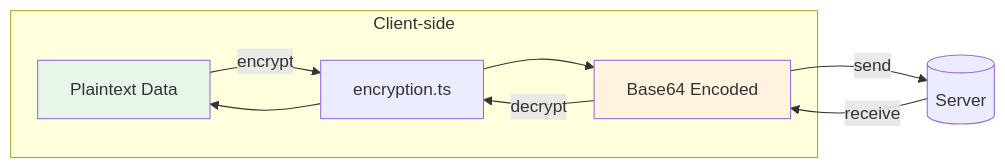
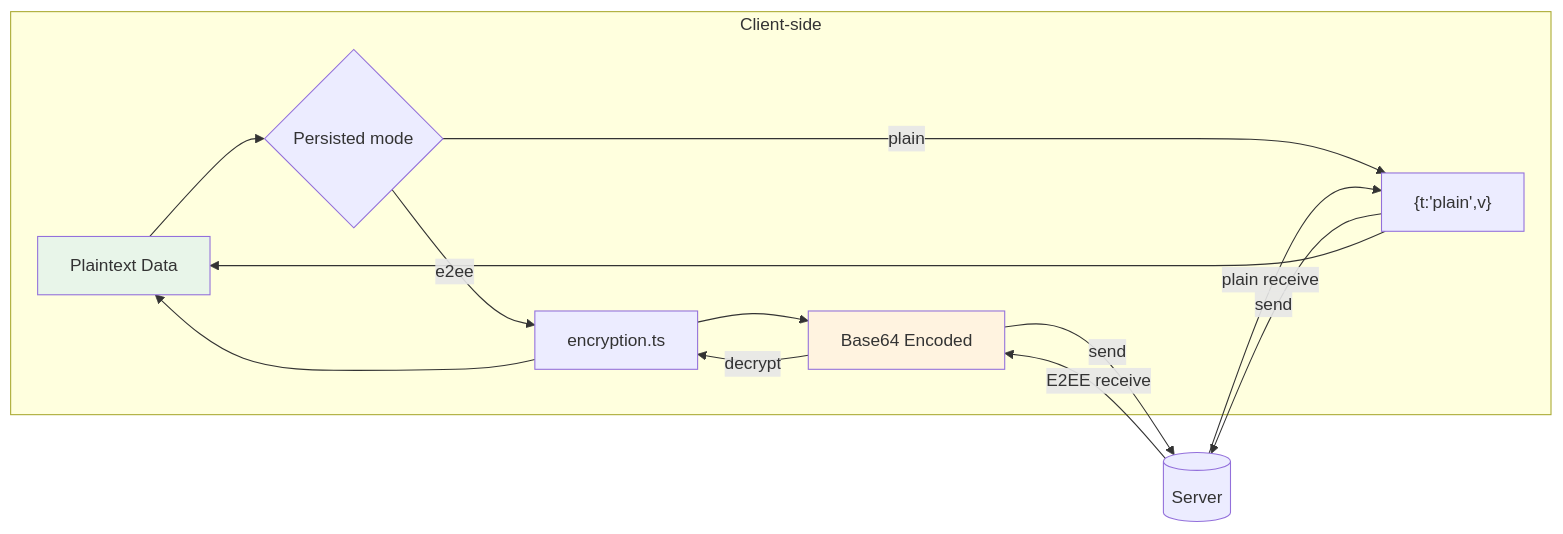
The sixth of 12 diagrams in docs/cli-architecture.md (happier-dev/happier), drawn with Mermaid before and after one commit. The commit also changed other lines of this file and 36 other files, not shown here.

````diff
--- a/docs/cli-architecture.md
+++ b/docs/cli-architecture.md
@@ -177,14 +179,19 @@
 ```mermaid
 flowchart LR
     subgraph "Client-side"
         Plain[Plaintext Data]
+        Mode{Persisted mode}
         Encrypt[encryption.ts]
+        Envelope["{t:'plain',v}"]
         B64[Base64 Encoded]
     end
 
-    Plain --> |encrypt| Encrypt --> B64 --> |send| Server[(Server)]
-    Server --> |receive| B64 --> |decrypt| Encrypt --> Plain
+    Plain --> Mode
+    Mode --> |e2ee| Encrypt --> B64 --> |send| Server[(Server)]
+    Mode --> |plain| Envelope --> |send| Server
+    Server --> |E2EE receive| B64 --> |decrypt| Encrypt --> Plain
+    Server --> |plain receive| Envelope --> Plain
 
     style Plain fill:#e8f5e9
     style B64 fill:#fff3e0
 ```
````
